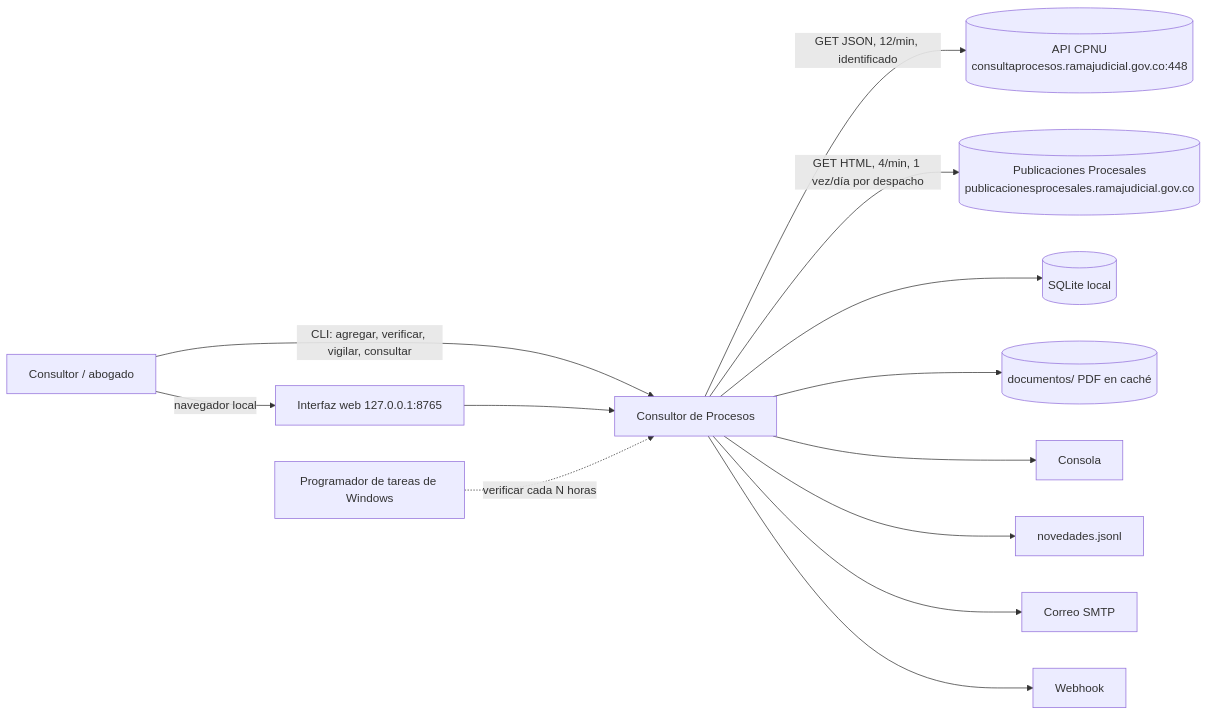
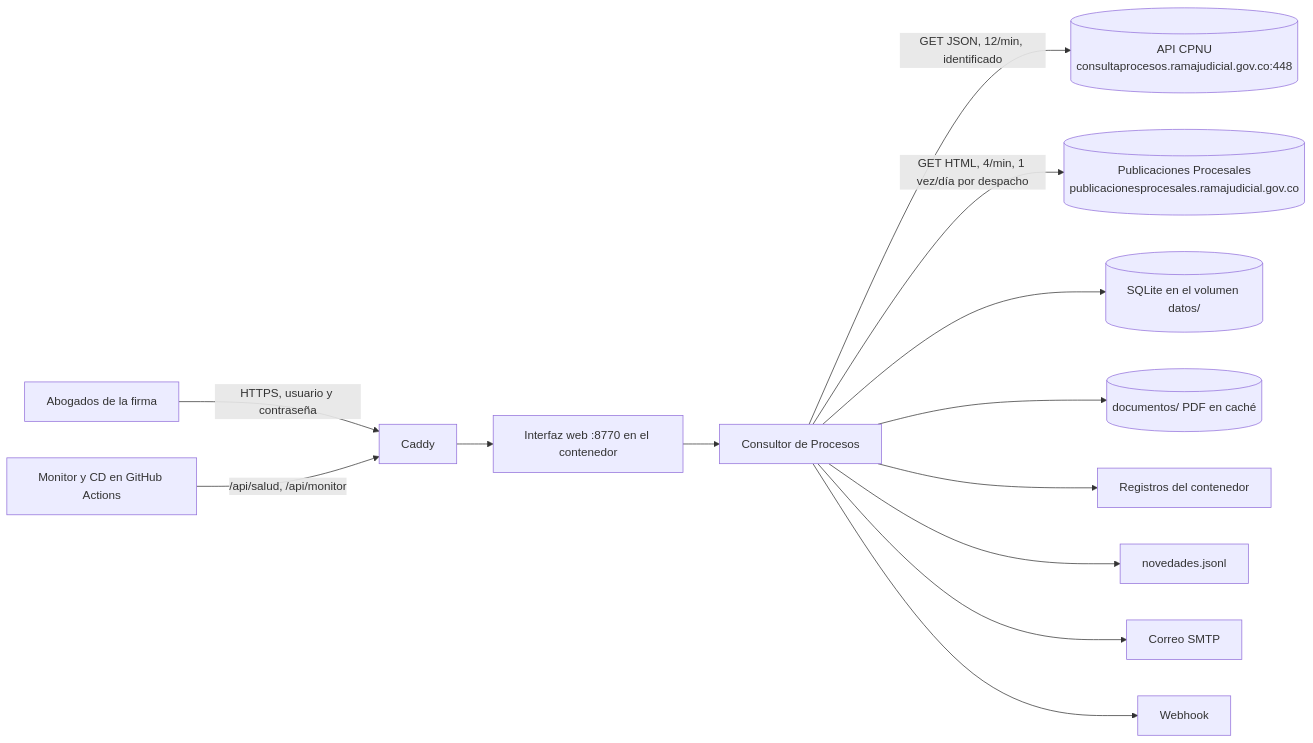
Before and after one commit to JuanLesmes/consultor-procesos-judiciales: the first of 4 diagrams in docs/ARQUITECTURA.md, drawn with Mermaid. The commit also changed other lines of this file and 49 other files, not shown here.

````diff
--- a/docs/ARQUITECTURA.md
+++ b/docs/ARQUITECTURA.md
@@ -24,15 +27,15 @@
 ```mermaid
 flowchart LR
-    U[Consultor / abogado] -->|navegador local| W[Interfaz web 127.0.0.1:8765]
-    U -->|CLI: agregar, verificar, vigilar, consultar| C[Consultor de Procesos]
-    W --> C
+    U[Abogados de la firma] -->|HTTPS, usuario y contraseña| K[Caddy]
+    K --> W[Interfaz web :8770 en el contenedor]
+    W --> C[Consultor de Procesos]
+    O[Monitor y CD en GitHub Actions] -->|/api/salud, /api/monitor| K
     C -->|GET JSON, 12/min, identificado| API[(API CPNU\nconsultaprocesos.ramajudicial.gov.co:448)]
     C -->|GET HTML, 4/min, 1 vez/día por despacho| PUB[(Publicaciones Procesales\npublicacionesprocesales.ramajudicial.gov.co)]
-    C --> BD[(SQLite local)]
+    C --> BD[(SQLite en el volumen datos/)]
     C --> D[(documentos/ PDF en caché)]
-    C --> N1[Consola]
+    C --> N1[Registros del contenedor]
     C --> N2[novedades.jsonl]
     C --> N3[Correo SMTP]
     C --> N4[Webhook]
-    T[Programador de tareas de Windows] -.->|verificar cada N horas| C
 ```
````
